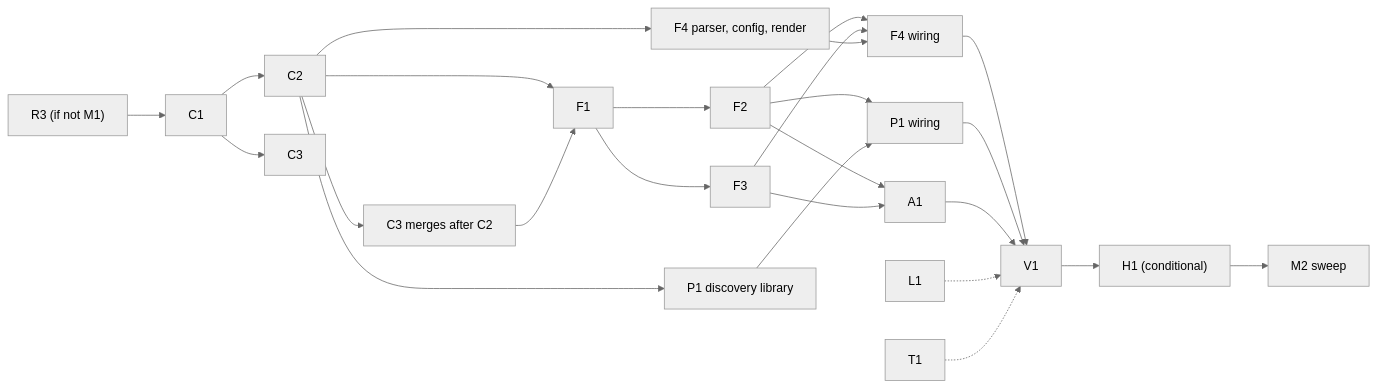
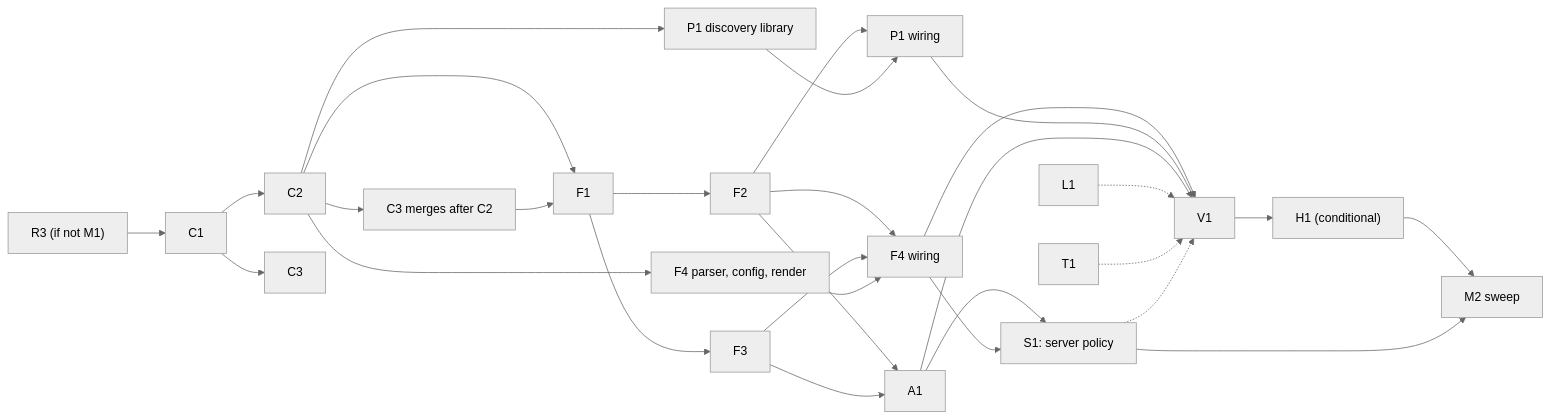
The diagram in docs/m2/plan.md (anthonytw/fil), drawn with Mermaid (neutral theme) before and after one commit. The commit also changed other lines of this file and 52 other files, not shown here.

First line of the commit message:
M2 S1: server policy (sshd mirror and /etc/fil/policy.toml)

````diff
--- a/docs/m2/plan.md
+++ b/docs/m2/plan.md
@@ -302,15 +303,17 @@
 ```mermaid
 flowchart LR
   R3["R3 (if not M1)"] --> C1 --> C2 & C3
   C2 --> C3m["C3 merges after C2"]
   C2 --> F1
   C3m --> F1
   F1 --> F2 & F3
   C2 --> F4a["F4 parser, config, render"]
   C2 --> P1a["P1 discovery library"]
   F2 & F3 & F4a --> F4b["F4 wiring"]
   F2 & P1a --> P1b["P1 wiring"]
   F2 & F3 --> A1
   F4b & P1b & A1 --> V1 --> H1["H1 (conditional)"] --> SW["M2 sweep"]
   L1 & T1 -.-> V1
+  A1 & F4b --> S1["S1: server policy"] --> SW
+  S1 -.-> V1
 ```
````
